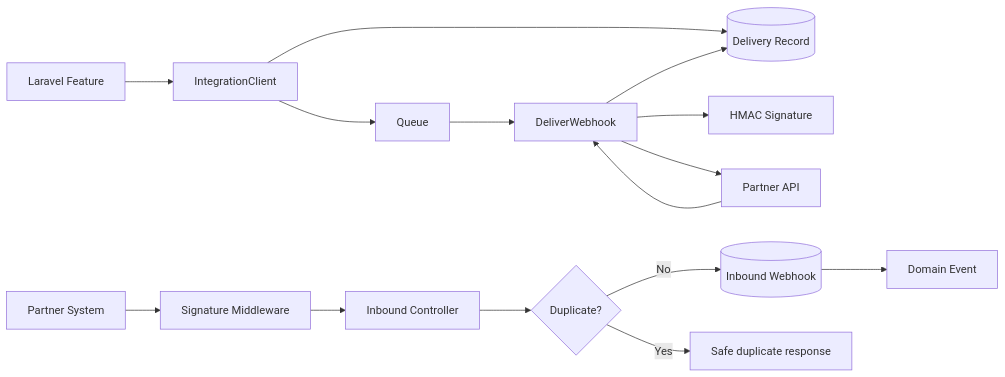
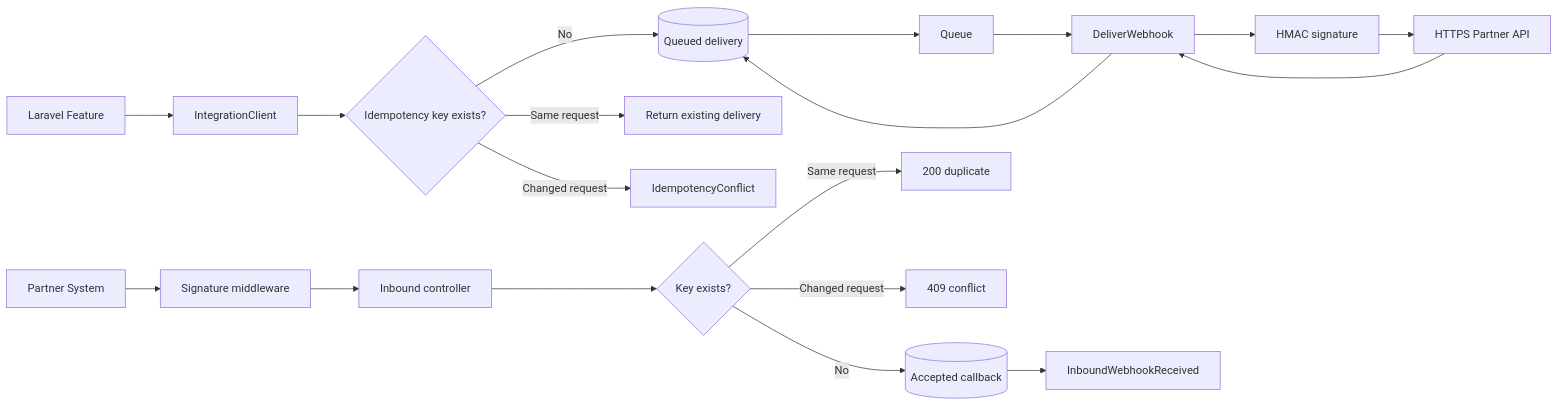
Before and after one commit to DagemawiDeveloper/laravel-api-integration-demo: the first of 2 diagrams in README.md, drawn with Mermaid. The commit also changed other lines of this file and 19 other files, not shown here.

First line of the commit message:
Make RelayHub idempotency deterministic and test its delivery lifecycle

````diff
--- a/README.md
+++ b/README.md
@@ -23,18 +28,22 @@
 ```mermaid
 flowchart LR
     A[Laravel Feature] --> B[IntegrationClient]
-    B --> C[(Delivery Record)]
-    B --> D[Queue]
-    D --> E[DeliverWebhook]
-    E --> F[HMAC Signature]
-    E --> G[Partner API]
-    G --> E
-    E --> C
+    B --> C{Idempotency key exists?}
+    C -->|No| D[(Queued delivery)]
+    D --> E[Queue]
+    E --> F[DeliverWebhook]
+    F --> G[HMAC signature]
+    G --> H[HTTPS Partner API]
+    H --> F
+    F --> D
+    C -->|Same request| I[Return existing delivery]
+    C -->|Changed request| J[IdempotencyConflict]
 
-    H[Partner System] --> I[Signature Middleware]
-    I --> J[Inbound Controller]
-    J --> K{Duplicate?}
-    K -->|No| L[(Inbound Webhook)]
-    L --> M[Domain Event]
-    K -->|Yes| N[Safe duplicate response]
+    K[Partner System] --> L[Signature middleware]
+    L --> M[Inbound controller]
+    M --> N{Key exists?}
+    N -->|No| O[(Accepted callback)]
+    O --> P[InboundWebhookReceived]
+    N -->|Same request| Q[200 duplicate]
+    N -->|Changed request| R[409 conflict]
 ```
````
